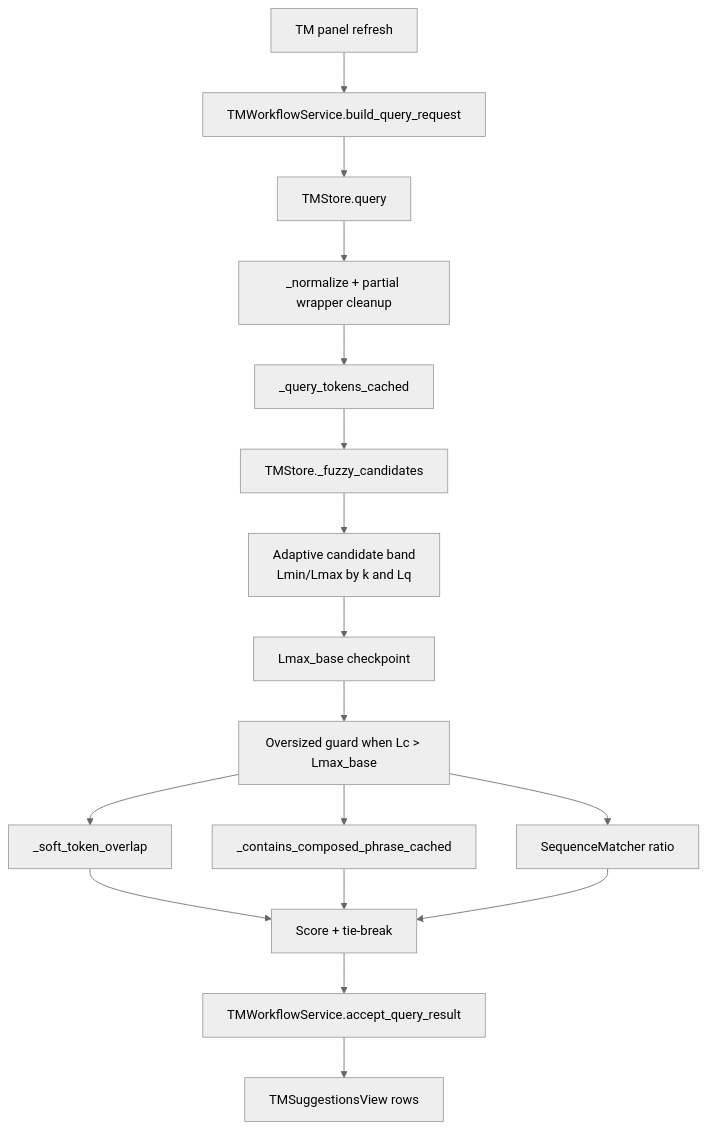
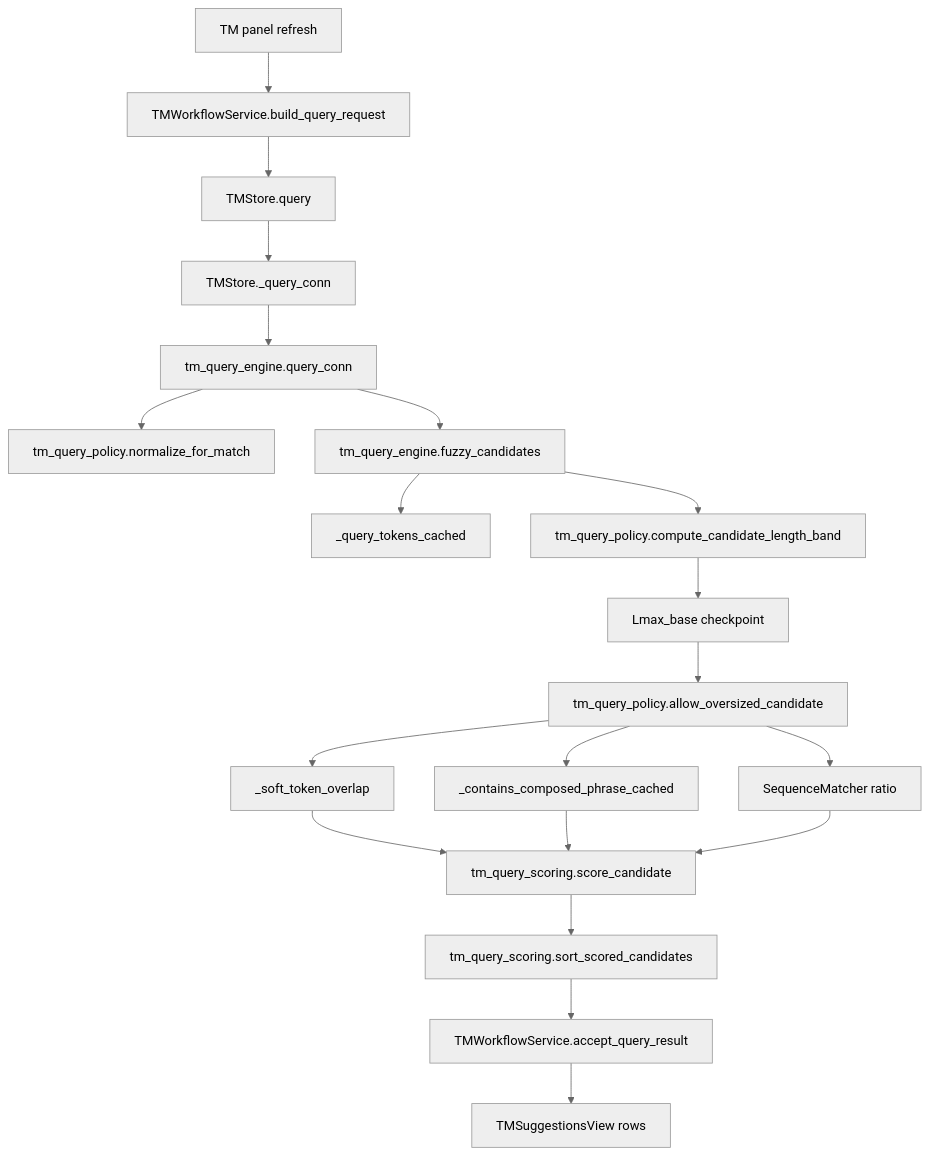
The tenth of 11 diagrams in docs/architecture/code_architecture.md (PlagaMedicum/TranslationZed-py), drawn with Mermaid (neutral theme) before and after one commit. The commit also changed other lines of this file and 7 other files, not shown here.

````diff
--- a/docs/architecture/code_architecture.md
+++ b/docs/architecture/code_architecture.md
@@ -272,22 +281,25 @@
 ```mermaid
 flowchart TB
   UI_REQ[TM panel refresh] --> WF_REQ[TMWorkflowService.build_query_request]
   WF_REQ --> STORE_Q[TMStore.query]
-  STORE_Q --> NORMALIZE[_normalize + partial wrapper cleanup]
-  NORMALIZE --> TOKENS[_query_tokens_cached]
-  TOKENS --> FUZZY[TMStore._fuzzy_candidates]
+  STORE_Q --> QUERY_CONN[TMStore._query_conn]
+  QUERY_CONN --> ENGINE[tm_query_engine.query_conn]
+  ENGINE --> NORMALIZE[tm_query_policy.normalize_for_match]
+  ENGINE --> FUZZY[tm_query_engine.fuzzy_candidates]
+  FUZZY --> TOKENS[_query_tokens_cached]
 
-  FUZZY --> BAND[Adaptive candidate band\nLmin/Lmax by k and Lq]
+  FUZZY --> BAND[tm_query_policy.compute_candidate_length_band]
   BAND --> BASE_BAND[Lmax_base checkpoint]
-  BASE_BAND --> OVER_GUARD[Oversized guard when Lc > Lmax_base]
+  BASE_BAND --> OVER_GUARD[tm_query_policy.allow_oversized_candidate]
   OVER_GUARD --> OVERLAP[_soft_token_overlap]
   OVER_GUARD --> PHRASE[_contains_composed_phrase_cached]
   OVER_GUARD --> RATIO[SequenceMatcher ratio]
 
-  OVERLAP --> SCORE[Score + tie-break]
+  OVERLAP --> SCORE[tm_query_scoring.score_candidate]
   PHRASE --> SCORE
   RATIO --> SCORE
+  SCORE --> SORT[tm_query_scoring.sort_scored_candidates]
 
-  SCORE --> WF_VIEW[TMWorkflowService.accept_query_result]
+  SORT --> WF_VIEW[TMWorkflowService.accept_query_result]
   WF_VIEW --> UI_ROWS[TMSuggestionsView rows]
 ```
````
